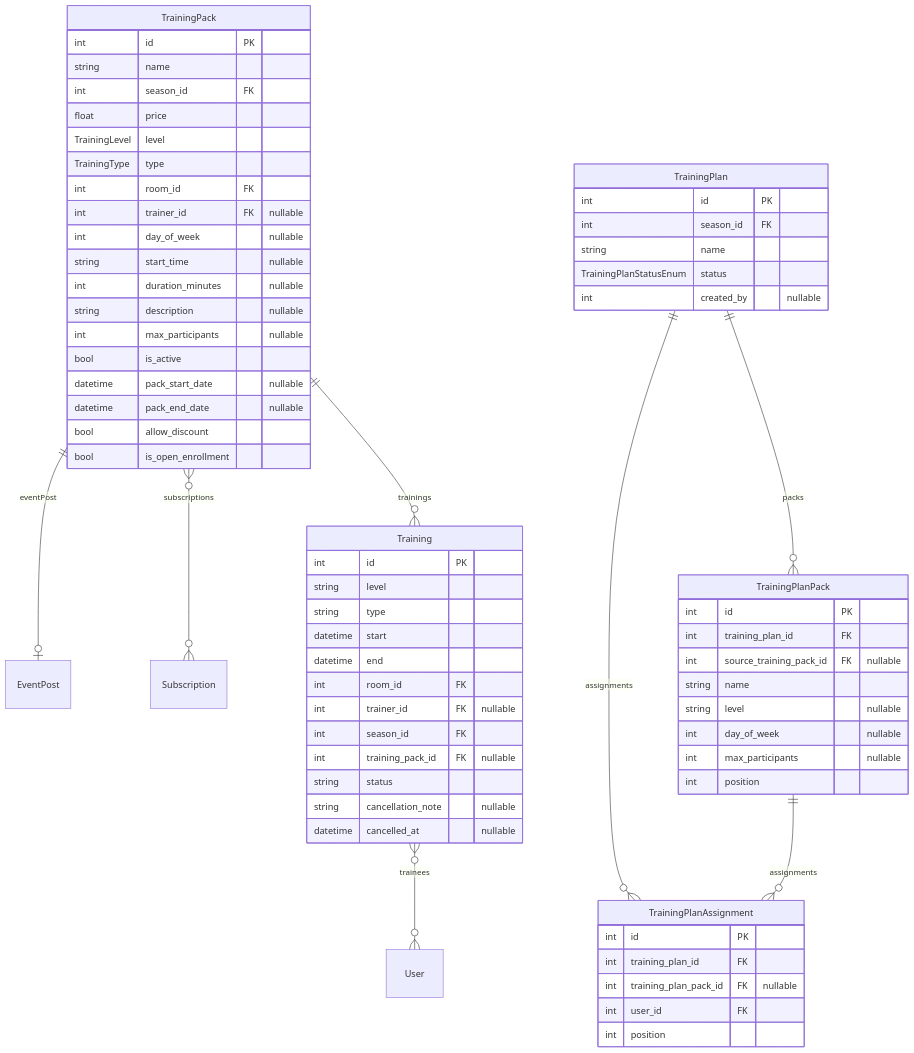
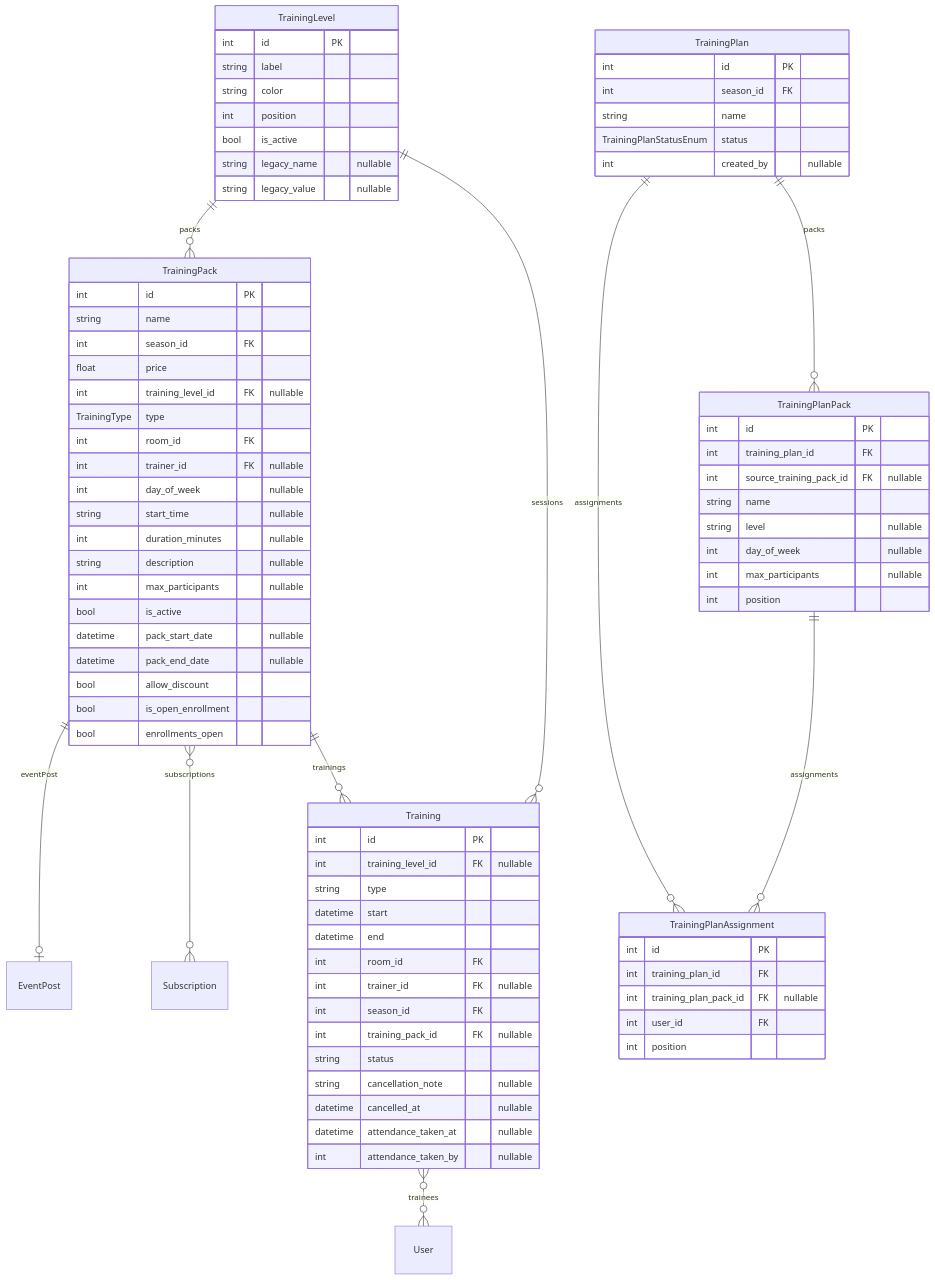
The diagram in docs/erd/trainings.md (Paupoo/tabletennisclub-app), drawn with Mermaid before and after one commit. The commit also changed 7 other files, not shown here.

First line of the commit message:
chore(docs): regenerate the ERD, drift included

```diff
--- a/docs/erd/trainings.md
+++ b/docs/erd/trainings.md
@@ -4,7 +4,7 @@
 erDiagram
     Training {
         int id PK
-        string level
+        int training_level_id FK "nullable"
         string type
         datetime start
         datetime end
@@ -15,13 +15,24 @@
         string status
         string cancellation_note "nullable"
         datetime cancelled_at "nullable"
+        datetime attendance_taken_at "nullable"
+        int attendance_taken_by "nullable"
+    }
+    TrainingLevel {
+        int id PK
+        string label
+        string color
+        int position
+        bool is_active
+        string legacy_name "nullable"
+        string legacy_value "nullable"
     }
     TrainingPack {
         int id PK
         string name
         int season_id FK
         float price
-        TrainingLevel level
+        int training_level_id FK "nullable"
         TrainingType type
         int room_id FK
         int trainer_id FK "nullable"
@@ -35,6 +46,7 @@
         datetime pack_end_date "nullable"
         bool allow_discount
         bool is_open_enrollment
+        bool enrollments_open
     }
     TrainingPlan {
         int id PK
@@ -62,6 +74,8 @@
     }
 
     Training }o--o{ User : "trainees"
+    TrainingLevel ||--o{ TrainingPack : "packs"
+    TrainingLevel ||--o{ Training : "sessions"
     TrainingPack ||--o| EventPost : "eventPost"
     TrainingPack }o--o{ Subscription : "subscriptions"
     TrainingPack ||--o{ Training : "trainings"
```
